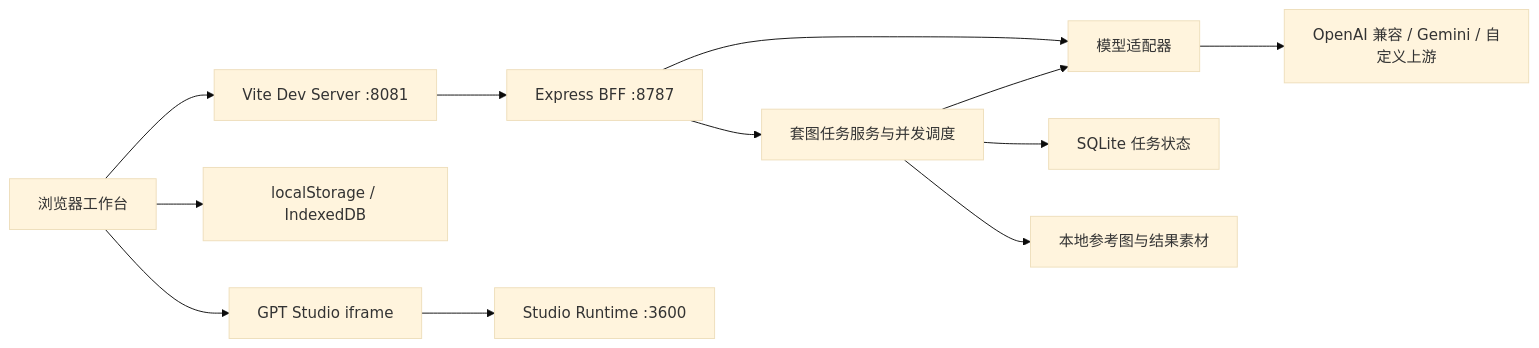
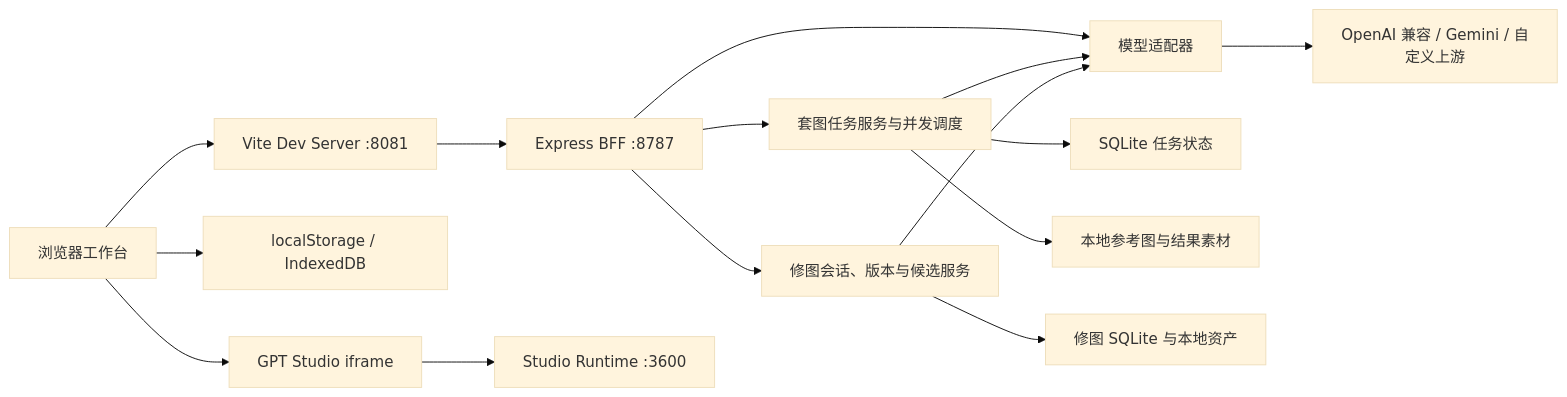
Before and after one commit to githubshansheng/api2img: the diagram in README.md, drawn with Mermaid (base theme). The commit also changed other lines of this file and 1 other file, not shown here.

````diff
--- a/README.md
+++ b/README.md
@@ -159,14 +175,17 @@
 ```mermaid
 flowchart LR
   Browser["浏览器工作台"] --> Vite["Vite Dev Server :8081"]
   Vite --> BFF["Express BFF :8787"]
   Browser --> LocalStore["localStorage / IndexedDB"]
   BFF --> Adapter["模型适配器"]
   Adapter --> Upstream["OpenAI 兼容 / Gemini / 自定义上游"]
   BFF --> SuiteService["套图任务服务与并发调度"]
   SuiteService --> Adapter
   SuiteService --> SQLite["SQLite 任务状态"]
   SuiteService --> Assets["本地参考图与结果素材"]
+  BFF --> EditService["修图会话、版本与候选服务"]
+  EditService --> Adapter
+  EditService --> EditStore["修图 SQLite 与本地资产"]
   Browser --> StudioFrame["GPT Studio iframe"]
   StudioFrame --> StudioServer["Studio Runtime :3600"]
 ```
````
